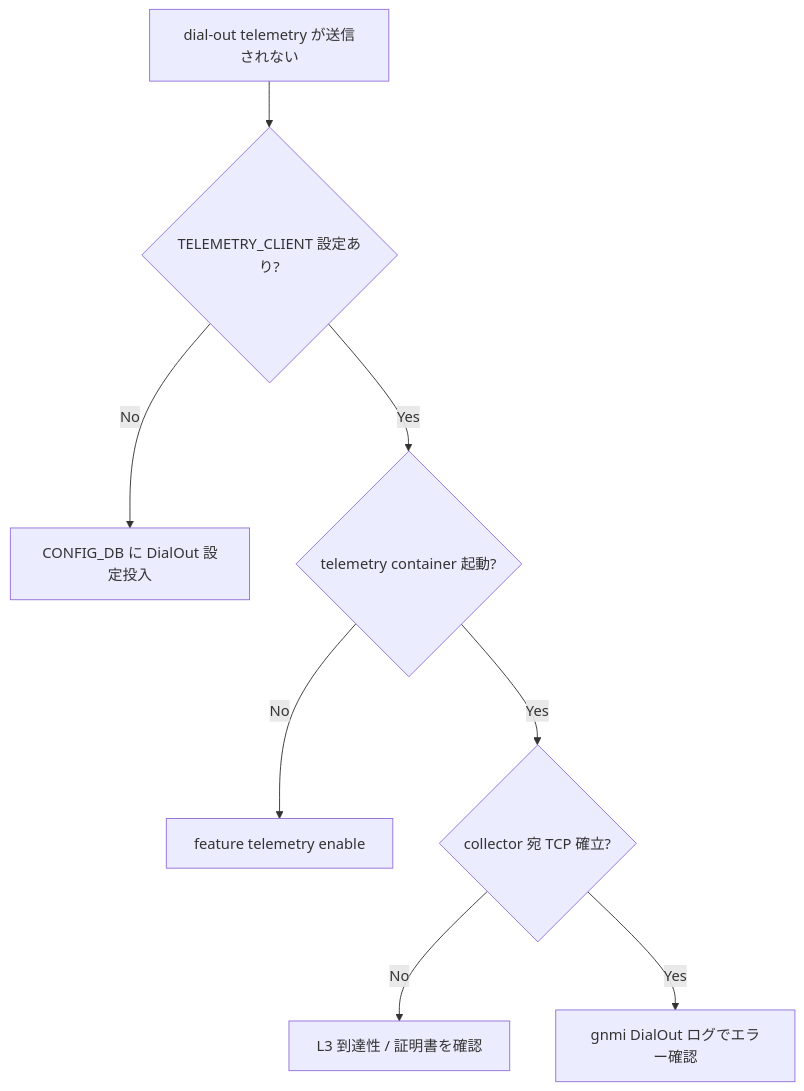
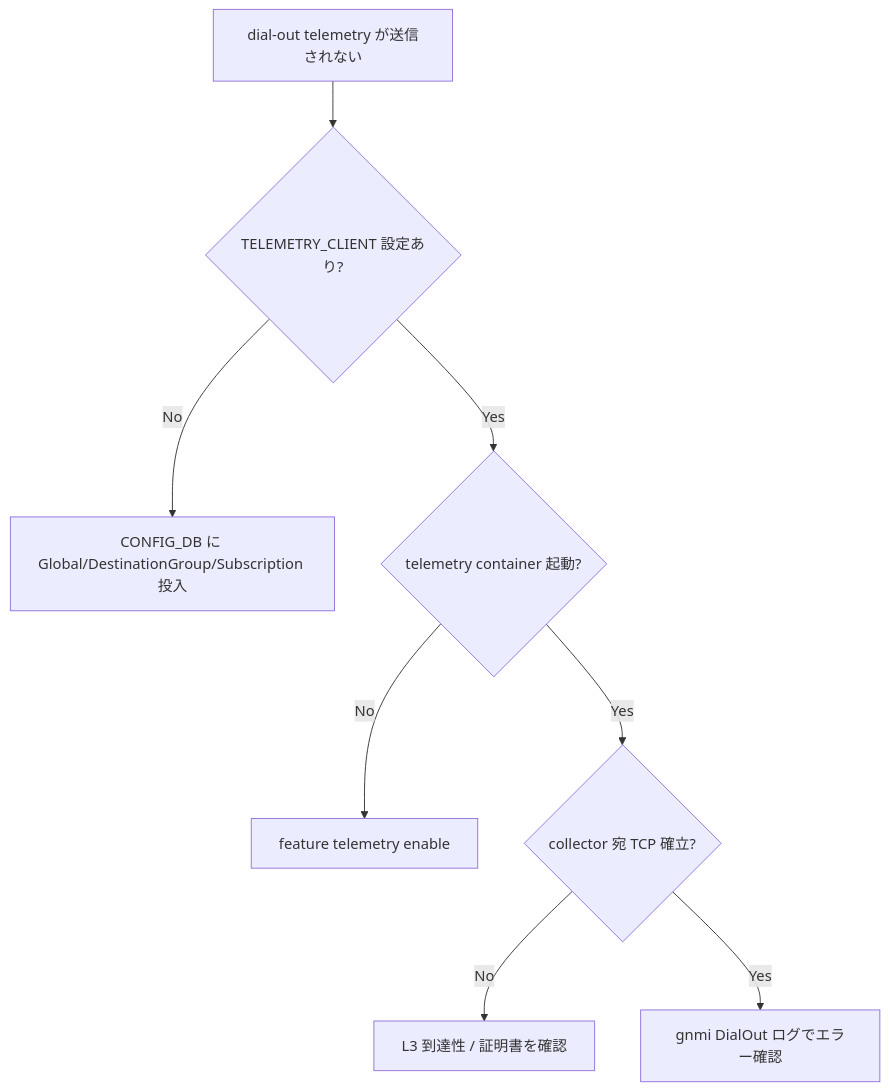
Before and after one commit to aoki-taquan/sonic-unofficial-docs: the diagram in docs/reference/runbooks/telemetry-dialout-not-sending.md, drawn with Mermaid. The commit also changed other lines of this file and 23 other files, not shown here.

````diff
--- a/docs/reference/runbooks/telemetry-dialout-not-sending.md
+++ b/docs/reference/runbooks/telemetry-dialout-not-sending.md
@@ -45,10 +41,10 @@
 ```mermaid
 flowchart TD
     A[dial-out telemetry が送信されない] --> B{TELEMETRY_CLIENT 設定あり?}
-    B -- No --> B1[CONFIG_DB に DialOut 設定投入]
+    B -- No --> B1[CONFIG_DB に Global/DestinationGroup/Subscription 投入]
     B -- Yes --> C{telemetry container 起動?}
     C -- No --> C1[feature telemetry enable]
     C -- Yes --> D{collector 宛 TCP 確立?}
     D -- No --> D1[L3 到達性 / 証明書を確認]
     D -- Yes --> E[gnmi DialOut ログでエラー確認]
 ```
````
